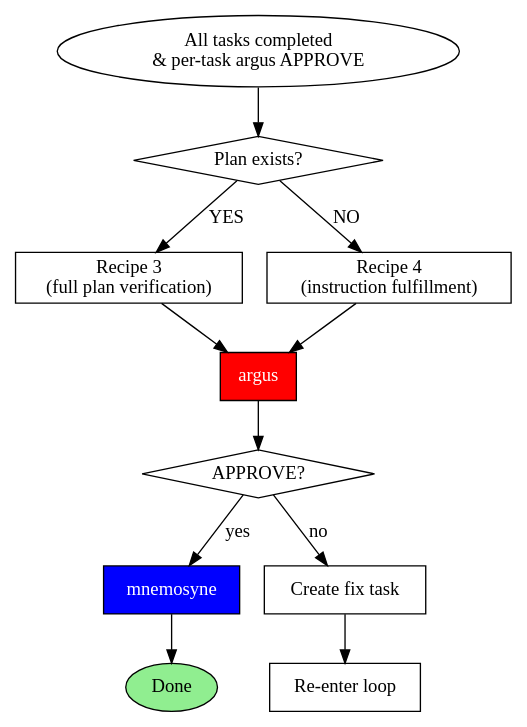
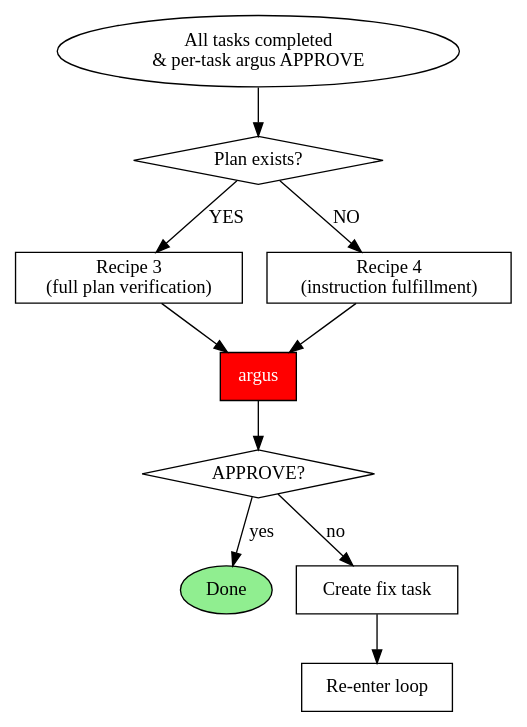
The fourth of 5 diagrams in skills/sisyphus/SKILL.md (toongri/oh-my-toong-playground), drawn with Graphviz before and after one commit. The commit also changed other lines of this file and 3 other files, not shown here.

````diff
--- a/skills/sisyphus/SKILL.md
+++ b/skills/sisyphus/SKILL.md
@@ -323,26 +323,24 @@
 ```dot
 digraph final_verification {
     rankdir=TB;
     "All tasks completed\n& per-task argus APPROVE" [shape=ellipse];
     "Plan exists?" [shape=diamond];
     "Recipe 3\n(full plan verification)" [shape=box];
     "Recipe 4\n(instruction fulfillment)" [shape=box];
     "argus" [shape=box, style=filled, fillcolor=red, fontcolor=white];
     "APPROVE?" [shape=diamond];
-    "mnemosyne" [shape=box, style=filled, fillcolor=blue, fontcolor=white];
     "Done" [shape=ellipse, style=filled, fillcolor=lightgreen];
     "Create fix task" [shape=box];
     "Re-enter loop" [shape=box];
 
     "All tasks completed\n& per-task argus APPROVE" -> "Plan exists?";
     "Plan exists?" -> "Recipe 3\n(full plan verification)" [label="YES"];
     "Plan exists?" -> "Recipe 4\n(instruction fulfillment)" [label="NO"];
     "Recipe 3\n(full plan verification)" -> "argus";
     "Recipe 4\n(instruction fulfillment)" -> "argus";
     "argus" -> "APPROVE?";
-    "APPROVE?" -> "mnemosyne" [label="yes"];
+    "APPROVE?" -> "Done" [label="yes"];
     "APPROVE?" -> "Create fix task" [label="no"];
-    "mnemosyne" -> "Done";
     "Create fix task" -> "Re-enter loop";
 }
 ```
````
